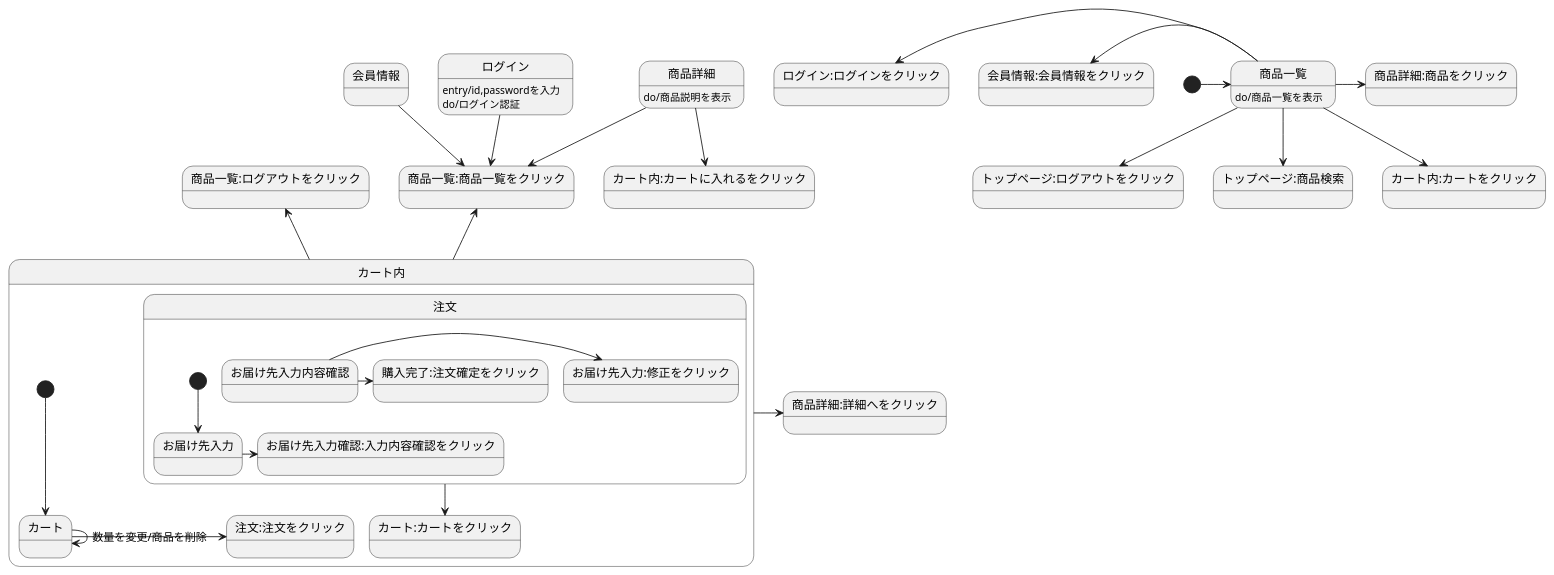
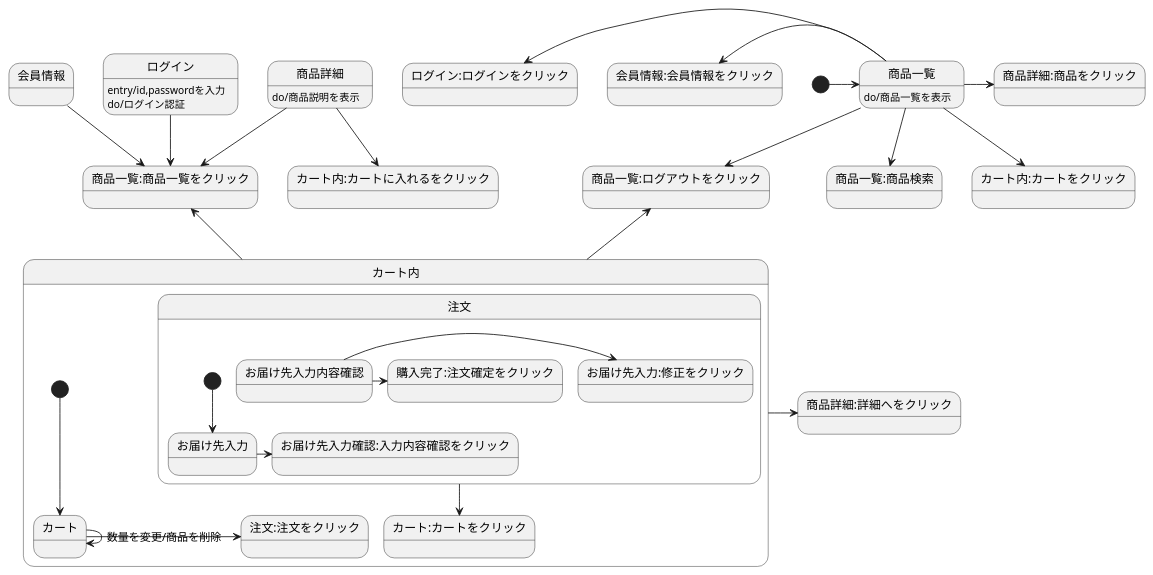
The diagram in stm01.md (Aso2001160/2021sys-design), drawn with PlantUML before and after one commit.

````diff
--- a/stm01.md
+++ b/stm01.md
@@ -1,35 +1,35 @@
 ```uml
 @startuml
 [*] -> 商品一覧
 会員情報-->商品一覧:商品一覧をクリック
 ログイン-->商品一覧:商品一覧をクリック
 ログイン:entry/id,passwordを入力
 ログイン:do/ログイン認証
-商品一覧 --> トップページ:ログアウトをクリック
-商品一覧-->トップページ:商品検索
+商品一覧 --> 商品一覧:ログアウトをクリック
+商品一覧-->商品一覧:商品検索
 商品一覧->商品詳細:商品をクリック
 商品一覧 -left-> 会員情報:会員情報をクリック
 商品一覧 -left-> ログイン:ログインをクリック
 商品一覧 -->カート内:カートをクリック
 商品一覧:do/商品一覧を表示
 商品詳細-->カート内:カートに入れるをクリック
 商品詳細-->商品一覧:商品一覧をクリック
 商品詳細:do/商品説明を表示
 カート内 -up-> 商品一覧:商品一覧をクリック
 カート内 -up-> 商品一覧:ログアウトをクリック
 カート内->商品詳細:詳細へをクリック
 
 state カート内{
 [*]-->カート
 カート->注文:注文をクリック
 カート->カート:数量を変更/商品を削除
 注文-->カート:カートをクリック
   state 注文{
   [*]-->お届け先入力
   お届け先入力->お届け先入力確認:入力内容確認をクリック
   お届け先入力内容確認->お届け先入力:修正をクリック
   お届け先入力内容確認->購入完了:注文確定をクリック
   }
 }
 @enduml
 ```
````
